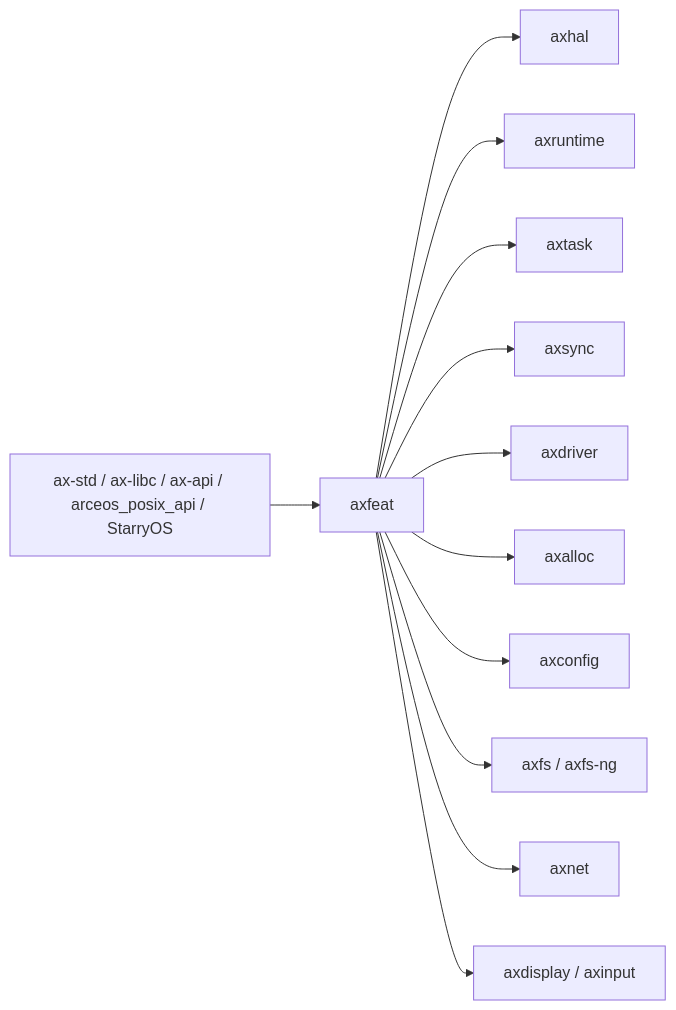
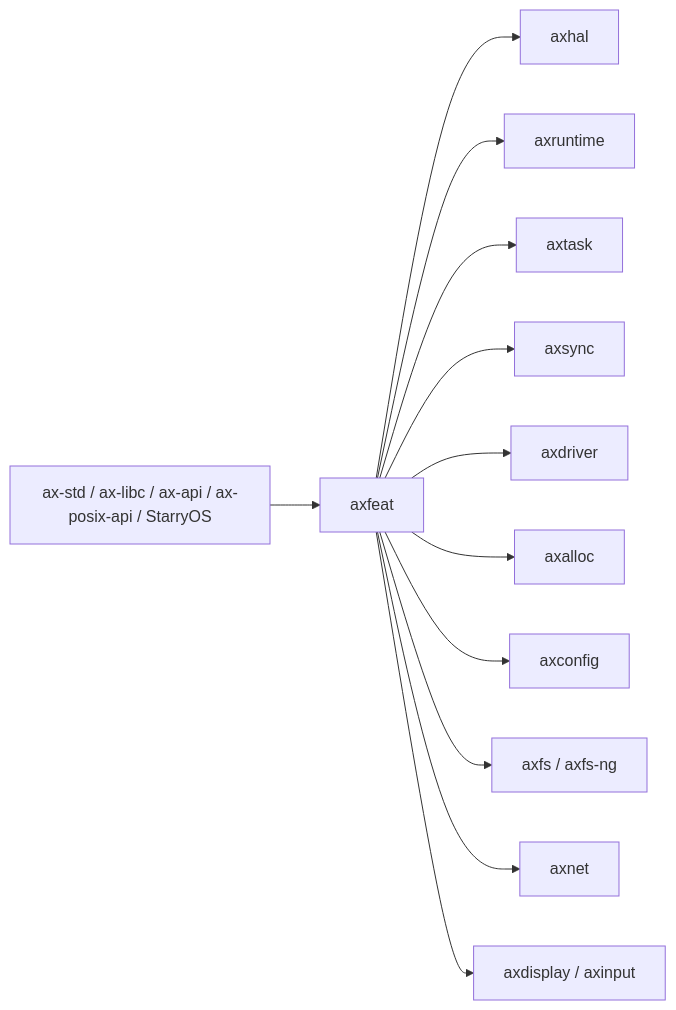
The first of 2 diagrams in docs/crates/axfeat.md (zKurisu/tgoskits), drawn with Mermaid before and after one commit. The commit also changed other lines of this file and 39 other files, not shown here.

Commit message:
rename arceos_posix_api to ax-posix-api

````diff
--- a/docs/crates/axfeat.md
+++ b/docs/crates/axfeat.md
@@ -24,14 +24,14 @@
 ```mermaid
 flowchart LR
-    Top["ax-std / ax-libc / ax-api / arceos_posix_api / StarryOS"] --> F["axfeat"]
+    Top["ax-std / ax-libc / ax-api / ax-posix-api / StarryOS"] --> F["axfeat"]
     F --> HAL["axhal"]
     F --> RT["axruntime"]
     F --> TASK["axtask"]
     F --> SYNC["axsync"]
     F --> DRIVER["axdriver"]
     F --> ALLOC["axalloc"]
     F --> CFG["axconfig"]
     F --> FS["axfs / axfs-ng"]
     F --> NET["axnet"]
     F --> DISP["axdisplay / axinput"]
 ```
````
